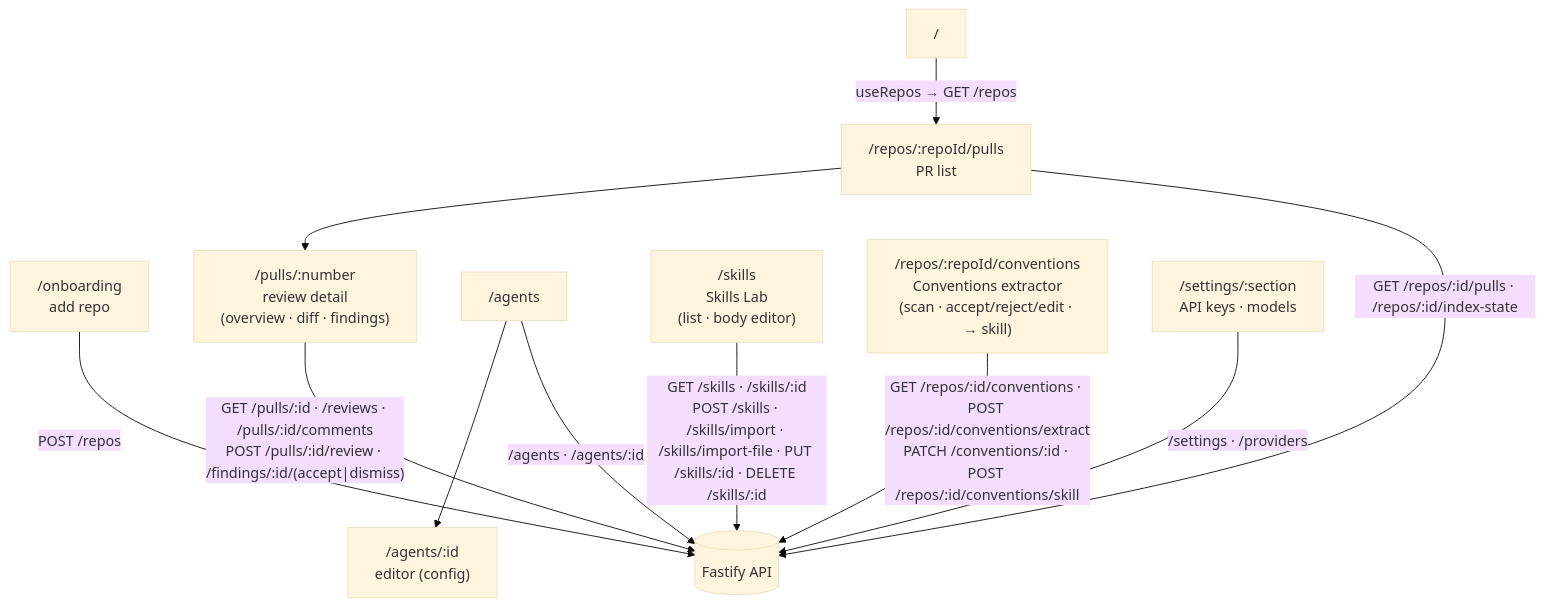
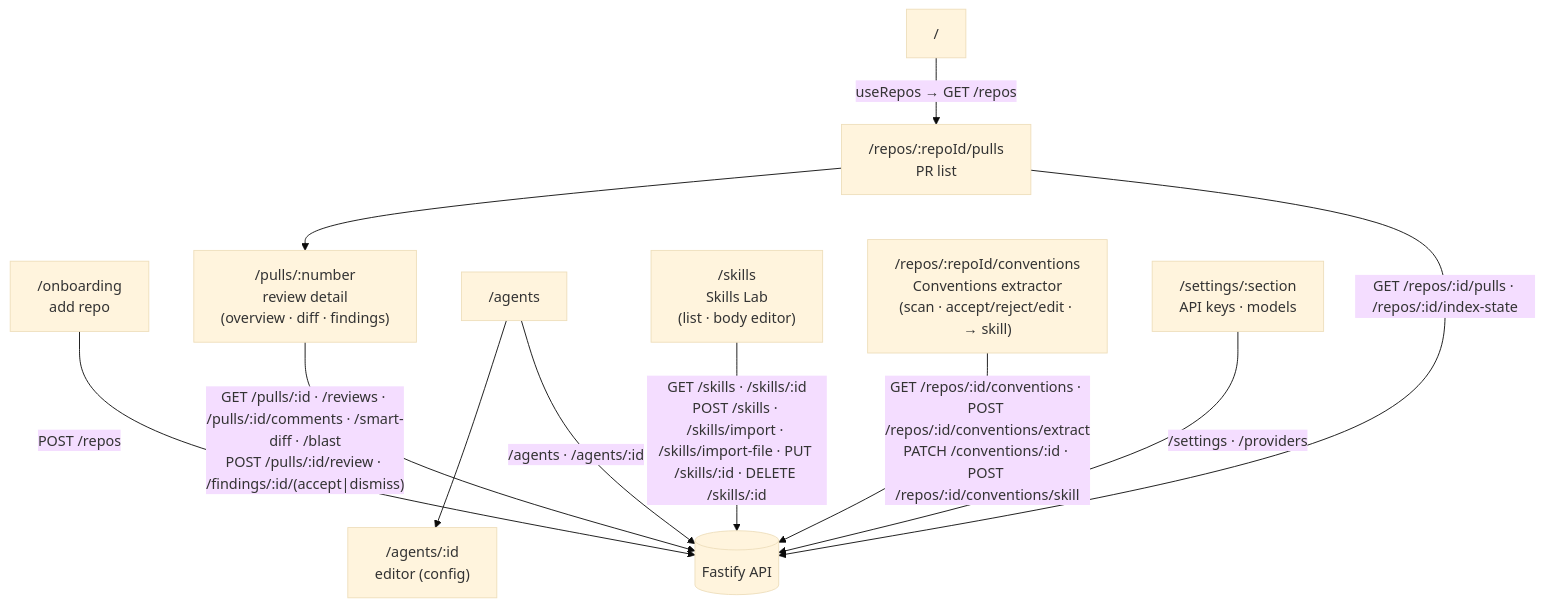
Before and after one commit to AIengineerDev/dev-digest: the diagram in client/README.md, drawn with Mermaid (base theme). The commit also changed 39 other files, not shown here.

````diff
--- a/client/README.md
+++ b/client/README.md
@@ -24,18 +24,18 @@
 ```mermaid
 flowchart TD
   ROOT["/"] -->|"useRepos → GET /repos"| PULLS["/repos/:repoId/pulls<br/>PR list"]
   ONB["/onboarding<br/>add repo"] -->|"POST /repos"| API[("Fastify API")]
   PULLS --> PR["/pulls/:number<br/>review detail<br/>(overview · diff · findings)"]
 
   AGENTS["/agents"] --> AGENT["/agents/:id<br/>editor (config)"]
   SKILLS["/skills<br/>Skills Lab<br/>(list · body editor)"]
   CONV["/repos/:repoId/conventions<br/>Conventions extractor<br/>(scan · accept/reject/edit · → skill)"]
   SETTINGS["/settings/:section<br/>API keys · models"]
 
   PULLS -->|"GET /repos/:id/pulls · /repos/:id/index-state"| API
-  PR -->|"GET /pulls/:id · /reviews · /pulls/:id/comments<br/>POST /pulls/:id/review · /findings/:id/(accept|dismiss)"| API
+  PR -->|"GET /pulls/:id · /reviews · /pulls/:id/comments · /smart-diff · /blast<br/>POST /pulls/:id/review · /findings/:id/(accept|dismiss)"| API
   AGENTS -->|"/agents · /agents/:id"| API
   SKILLS -->|"GET /skills · /skills/:id<br/>POST /skills · /skills/import · /skills/import-file · PUT /skills/:id · DELETE /skills/:id"| API
   CONV -->|"GET /repos/:id/conventions · POST /repos/:id/conventions/extract<br/>PATCH /conventions/:id · POST /repos/:id/conventions/skill"| API
   SETTINGS -->|"/settings · /providers"| API
 ```
````
